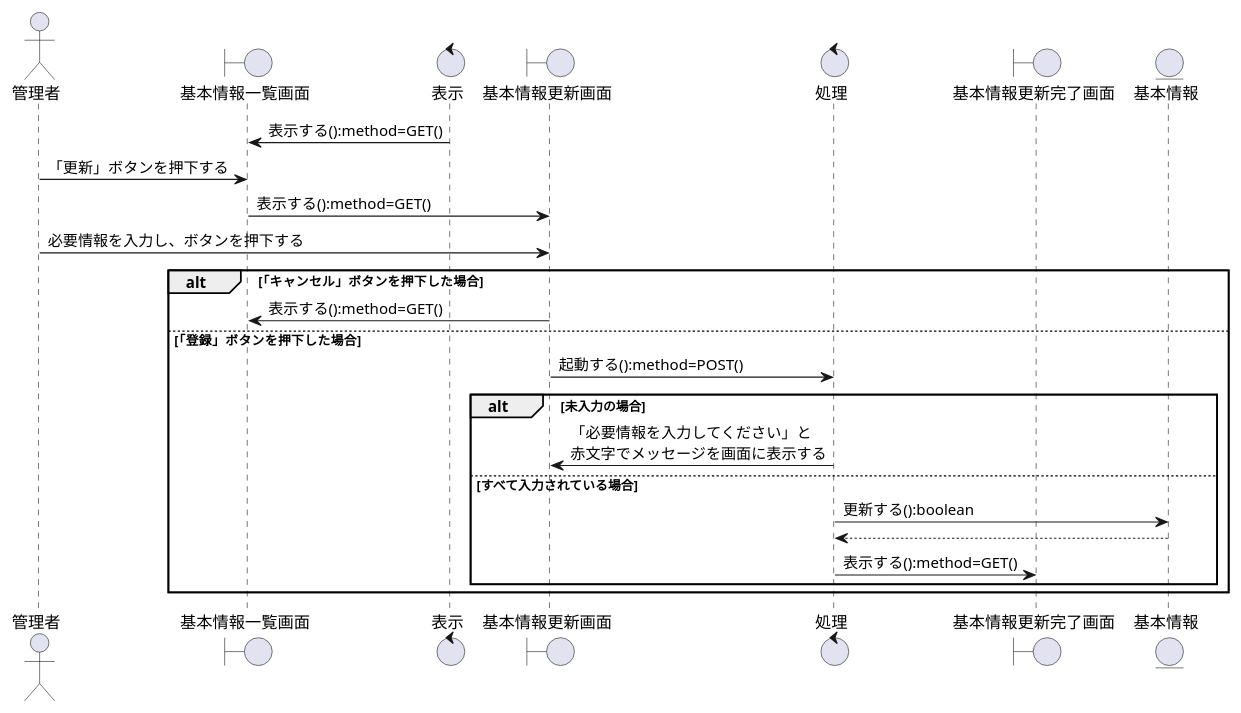
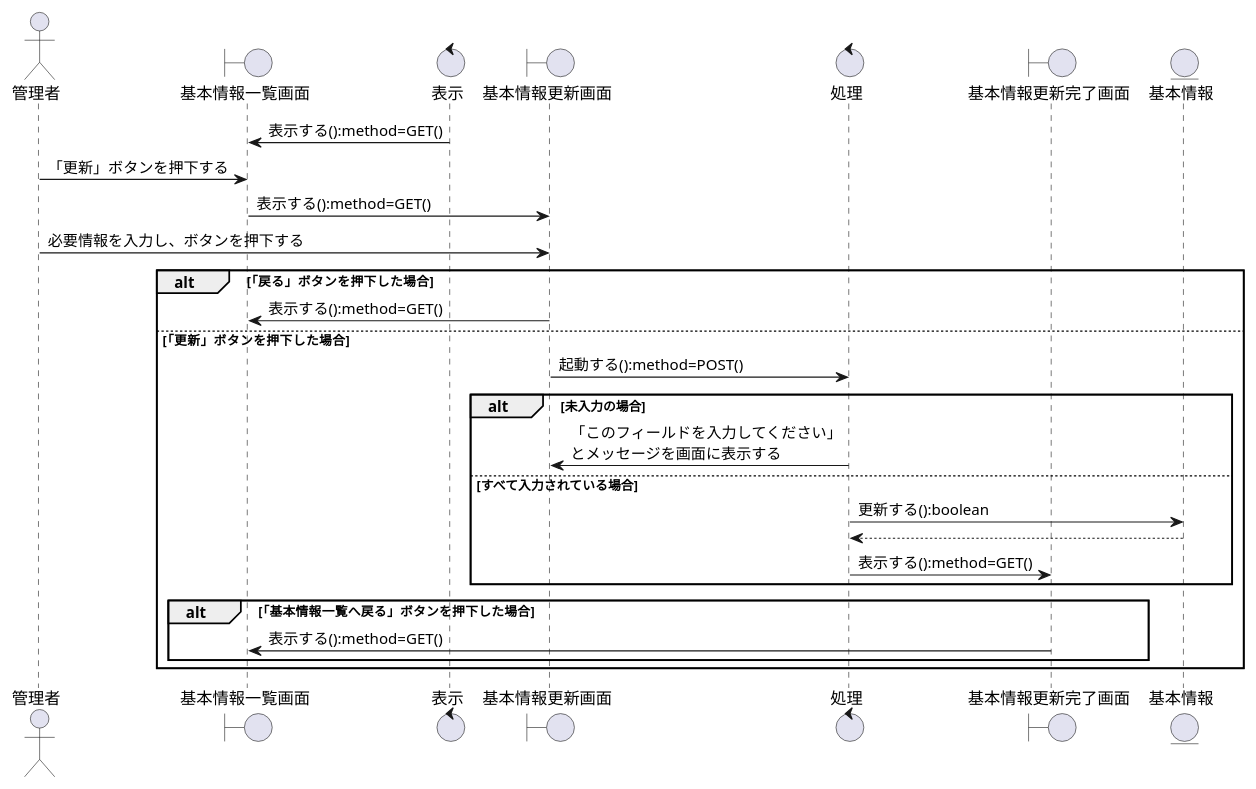
The diagram in お城/お城/設計書/シーケンス図/管理者/基本情報機能/シーケンス図_管理者が基本情報の更新をする.pu (K-Rinrin/GroupE), drawn with PlantUML before and after one commit. The commit also changed 3 other files, not shown here.

```diff
--- a/お城/お城/設計書/シーケンス図/管理者/基本情報機能/シーケンス図_管理者が基本情報の更新をする.pu
+++ b/お城/お城/設計書/シーケンス図/管理者/基本情報機能/シーケンス図_管理者が基本情報の更新をする.pu
@@ -1,38 +1,41 @@
 @startuml 管理者が基本情報の更新をする
 
 
 ' ========================================
 ' 登場モノの定義
 ' ========================================
 actor "管理者" as Admin
 boundary "基本情報一覧画面" as b1
 control "表示" as c1
 boundary "基本情報更新画面" as b2
 control "処理" as c2
 boundary "基本情報更新完了画面" as b3
 entity "基本情報" as e1
 
 ' ========================================
 ' シーケンスの流れ
 ' ========================================
 
 c1 -> b1 : 表示する():method=GET()
 Admin -> b1 : 「更新」ボタンを押下する
 b1 -> b2 : 表示する():method=GET()
 Admin -> b2 : 必要情報を入力し、ボタンを押下する
 
 
-alt 「キャンセル」ボタンを押下した場合
+alt 「戻る」ボタンを押下した場合
     b2 -> b1 : 表示する():method=GET()
-else 「登録」ボタンを押下した場合
+else 「更新」ボタンを押下した場合
     b2 -> c2 : 起動する():method=POST()
     alt 未入力の場合
-        c2 -> b2 : 「必要情報を入力してください」と\n赤文字でメッセージを画面に表示する
+        c2 -> b2 : 「このフィールドを入力してください」\nとメッセージを画面に表示する
     else すべて入力されている場合    
         c2 -> e1 : 更新する():boolean
         e1 --> c2
         c2 -> b3: 表示する():method=GET()
     end
+    alt 「基本情報一覧へ戻る」ボタンを押下した場合
+        b3 -> b1 : 表示する():method=GET()
+    end
 end
 
 @enduml
```
